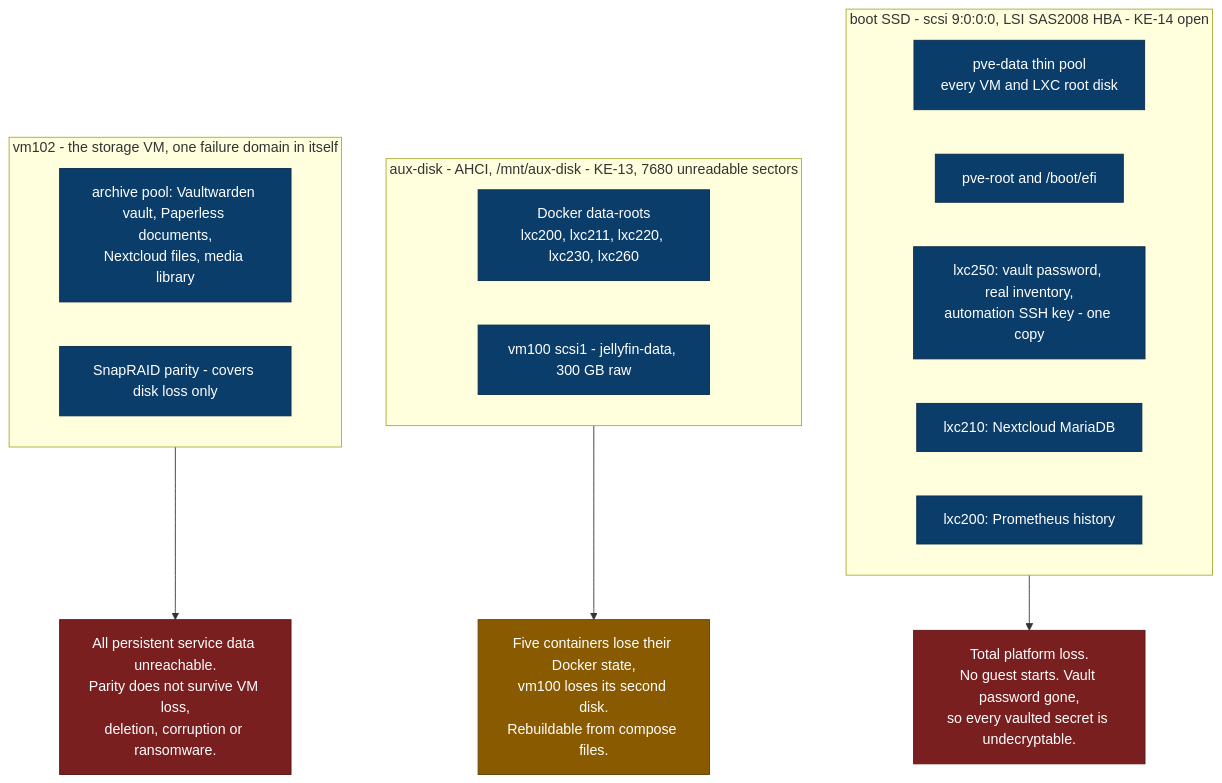
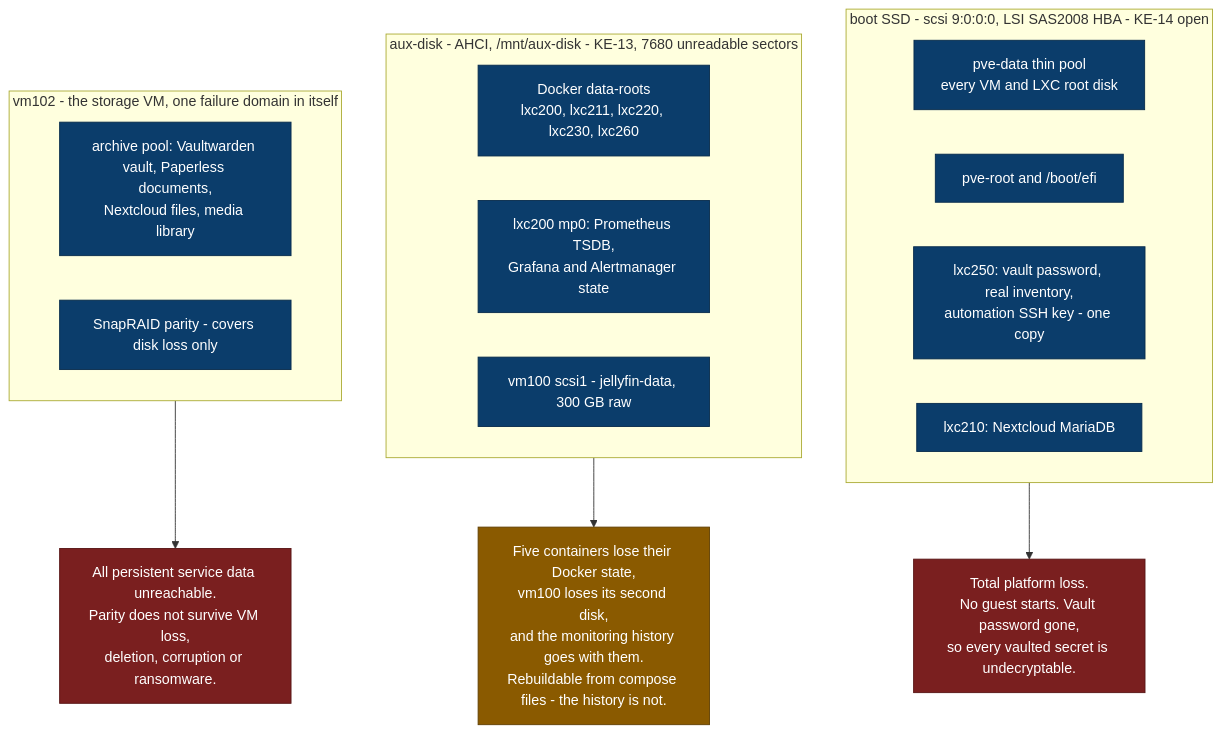
One commit to sohanreddyk/homelab-server-architecture changed the diagram in docs/architecture/failure-domains.md. Above: the diagram before and after it, drawn with Mermaid. The commit also changed other lines of this file and 3 other files, not shown here.

````diff
--- a/docs/architecture/failure-domains.md
+++ b/docs/architecture/failure-domains.md
@@ -15,34 +15,34 @@
 ```mermaid
 flowchart TB
   accTitle: Failure domains of the platform
   accDescr: Boot SSD, aux-disk and vm102 as three failure domains, with what each carries and what its loss causes.
 
   subgraph boot["boot SSD - scsi 9:0:0:0, LSI SAS2008 HBA - KE-14 open"]
     ROOTS["pve-data thin pool<br/>every VM and LXC root disk"]
     PVEROOT["pve-root and /boot/efi"]
     SECRETS["lxc250: vault password, real inventory,<br/>automation SSH key - one copy"]
     NCDB["lxc210: Nextcloud MariaDB"]
-    PROMDB["lxc200: Prometheus history"]
   end
 
   subgraph auxd["aux-disk - AHCI, /mnt/aux-disk - KE-13, 7680 unreadable sectors"]
     DROOTS["Docker data-roots<br/>lxc200, lxc211, lxc220, lxc230, lxc260"]
+    MONDATA["lxc200 mp0: Prometheus TSDB,<br/>Grafana and Alertmanager state"]
     JELLY["vm100 scsi1 - jellyfin-data, 300 GB raw"]
   end
 
   subgraph storagevm["vm102 - the storage VM, one failure domain in itself"]
     ARCHIVE["archive pool: Vaultwarden vault, Paperless documents,<br/>Nextcloud files, media library"]
     PARITY["SnapRAID parity - covers disk loss only"]
   end
 
   boot --> L1["Total platform loss.<br/>No guest starts. Vault password gone,<br/>so every vaulted secret is undecryptable."]
-  auxd --> L2["Five containers lose their Docker state,<br/>vm100 loses its second disk.<br/>Rebuildable from compose files."]
+  auxd --> L2["Five containers lose their Docker state,<br/>vm100 loses its second disk,<br/>and the monitoring history goes with them.<br/>Rebuildable from compose files - the history is not."]
   storagevm --> L3["All persistent service data unreachable.<br/>Parity does not survive VM loss,<br/>deletion, corruption or ransomware."]
 
   classDef sick fill:#7a1f1f,stroke:#571414,color:#ffffff
   classDef warn fill:#8a5a00,stroke:#5f3e00,color:#ffffff
   classDef content fill:#0b3d6b,stroke:#062a4b,color:#ffffff
   class L1,L3 sick
   class L2 warn
-  class ROOTS,PVEROOT,SECRETS,NCDB,PROMDB,DROOTS,JELLY,ARCHIVE,PARITY content
+  class ROOTS,PVEROOT,SECRETS,NCDB,DROOTS,MONDATA,JELLY,ARCHIVE,PARITY content
 ```
````
